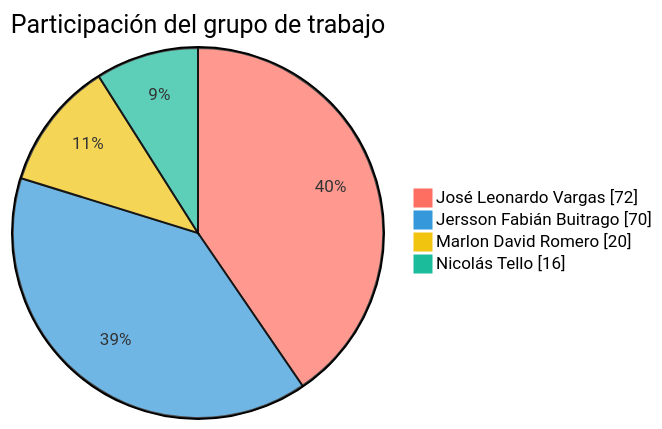
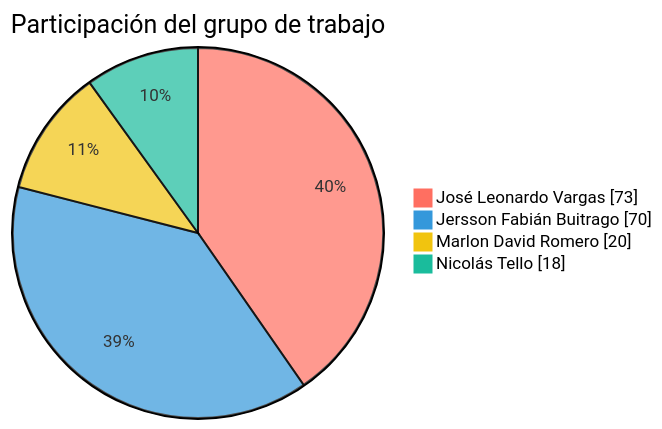
Before and after one commit to FarmaExpres/FarmaExpres: the first of 2 diagrams in README.md, drawn with Mermaid. The commit also changed other lines of this file and 1 other file, not shown here.

````diff
--- a/README.md
+++ b/README.md
@@ -314,9 +314,9 @@
 ```mermaid
 %%{init: {"themeVariables": {"pie1": "#ff6f61", "pie2": "#3498db", "pie3": "#f1c40f", "pie4": "#1abc9c", "pieLabelColor": "#000000", "pieLabelFontSize": "24px", "pieLabelFontWeight": "700"}}}%%
 pie showData
     title Participación del grupo de trabajo
-    "José Leonardo Vargas" : 72
+    "José Leonardo Vargas" : 73
     "Jersson Fabián Buitrago" : 70
     "Marlon David Romero" : 20
-    "Nicolás Tello" : 16
+    "Nicolás Tello" : 18
 ```
````
